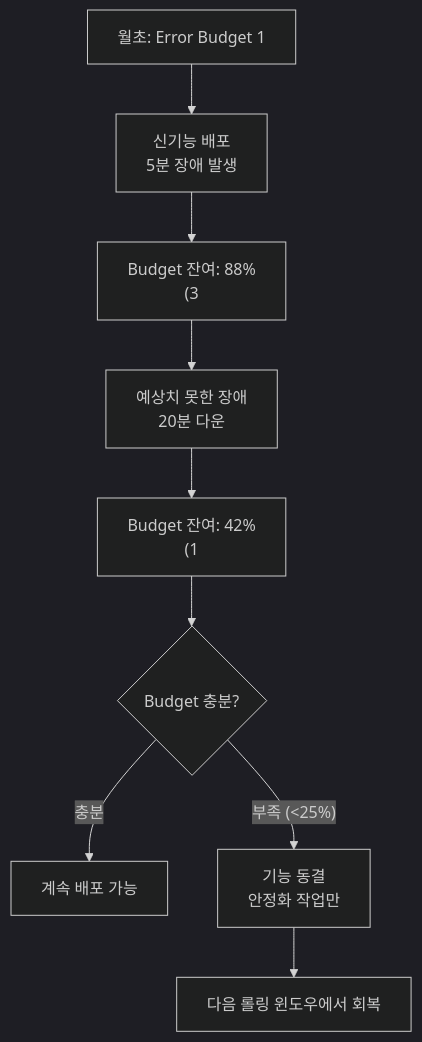
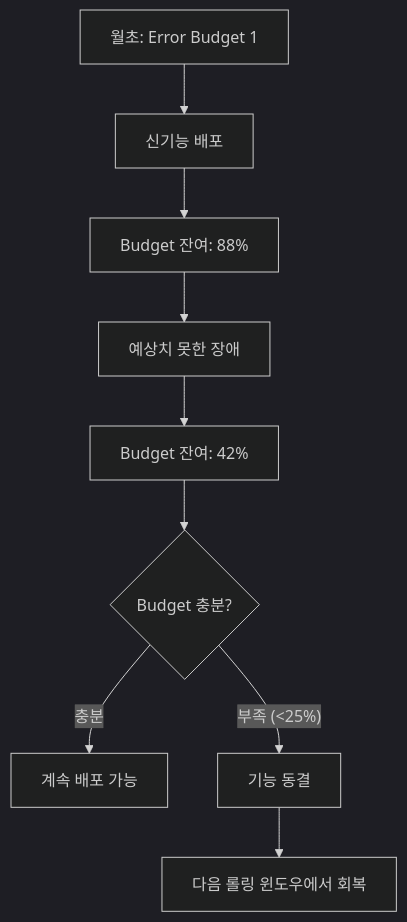
Before and after one commit to yjkim2015/yjkim2015.github.io: the fourth of 8 diagrams in _posts/monitoring/2026-05-03-sre-golden-signals.md, drawn with Mermaid (dark theme). The commit also changed other lines of this file and 217 other files, not shown here.

First line of the commit message:
Mermaid 크기 수정: useMaxWidth:true + SVG max-width:100% + 라벨 축소

````diff
--- a/_posts/monitoring/2026-05-03-sre-golden-signals.md
+++ b/_posts/monitoring/2026-05-03-sre-golden-signals.md
@@ -286,12 +286,12 @@
 ```mermaid
 graph TD
     START["월초: Error Budget 1"]
-    START --> DEPLOY["신기능 배포\n5분 장애 발생"]
-    DEPLOY --> REMAIN1["Budget 잔여: 88%\n(3"]
-    REMAIN1 --> INCIDENT["예상치 못한 장애\n20분 다운"]
-    INCIDENT --> REMAIN2["Budget 잔여: 42%\n(1"]
+    START --> DEPLOY["신기능 배포"]
+    DEPLOY --> REMAIN1["Budget 잔여: 88%"]
+    REMAIN1 --> INCIDENT["예상치 못한 장애"]
+    INCIDENT --> REMAIN2["Budget 잔여: 42%"]
     REMAIN2 --> DECIDE{"Budget 충분?"}
     DECIDE -->|"충분"| CONTINUE["계속 배포 가능"]
-    DECIDE -->|"부족 (<25%)"| FREEZE["기능 동결\n안정화 작업만"]
+    DECIDE -->|"부족 (<25%)"| FREEZE["기능 동결"]
     FREEZE --> NEXT["다음 롤링 윈도우에서 회복"]
 ```
````
